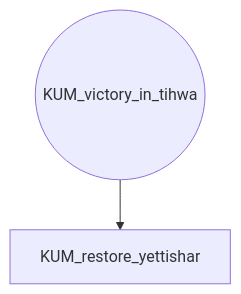
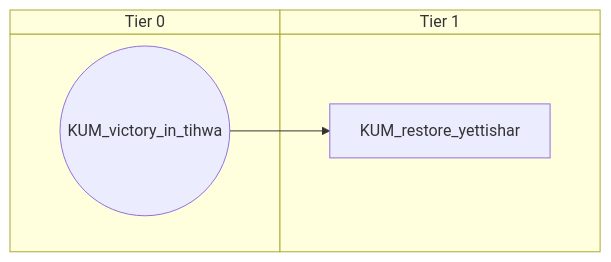
The seventh of 13 diagrams in docs/gdd/National Focuses/china_warlord_sea.md (evgeny-sobol/hoi4-sandbox-mode), drawn with Mermaid before and after one commit. The commit also changed other lines of this file and 80 other files, not shown here.

First line of the commit message:
Add swimlane mode to focus graph exporter

````diff
--- a/docs/gdd/National Focuses/china_warlord_sea.md
+++ b/docs/gdd/National Focuses/china_warlord_sea.md
@@ -287,6 +349,10 @@
 ```mermaid
-flowchart TD
-    n96["KUM_restore_yettishar"]
-    n97(("KUM_victory_in_tihwa"))
-    n97 --> n96
+swimlane-beta TD
+    subgraph tier_0["Tier 0"]
+        n96(("KUM_victory_in_tihwa"))
+    end
+    subgraph tier_1["Tier 1"]
+        n97["KUM_restore_yettishar"]
+    end
+    n96 --> n97
 ```
````
